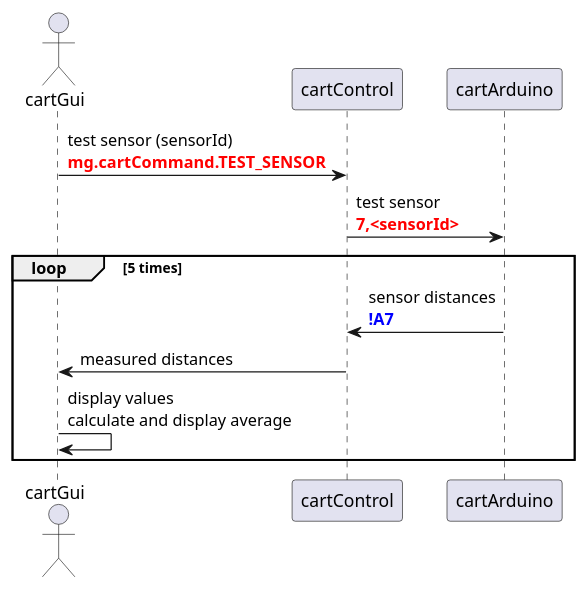
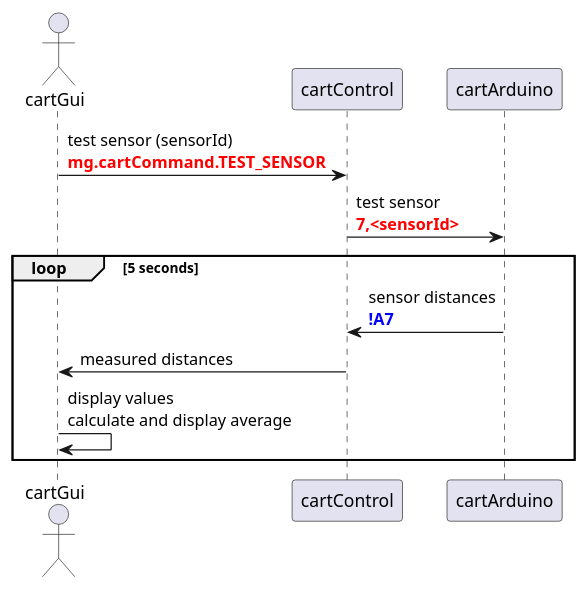
Before and after one commit to FNREnterprises/cartControl: the second of 3 diagrams in README.md, drawn with PlantUML. The commit also changed other lines of this file and 12 other files, not shown here.

`````diff
--- a/README.md
+++ b/README.md
@@ -77,12 +77,12 @@
 ````puml
 @startuml
     actor cartGui
     cartGui -> cartControl : test sensor (sensorId)\n<font color=red><b>mg.cartCommand.TEST_SENSOR
     cartControl -> cartArduino : test sensor\n<font color=red><b>7,<sensorId>
-    loop 5 times
+    loop 5 seconds
         cartArduino -> cartControl : sensor distances\n<font color=blue><b>!A7
         cartControl -> cartGui : measured distances
         cartGui -> cartGui : display values\ncalculate and display average
     end
 @enduml
 ````
`````
